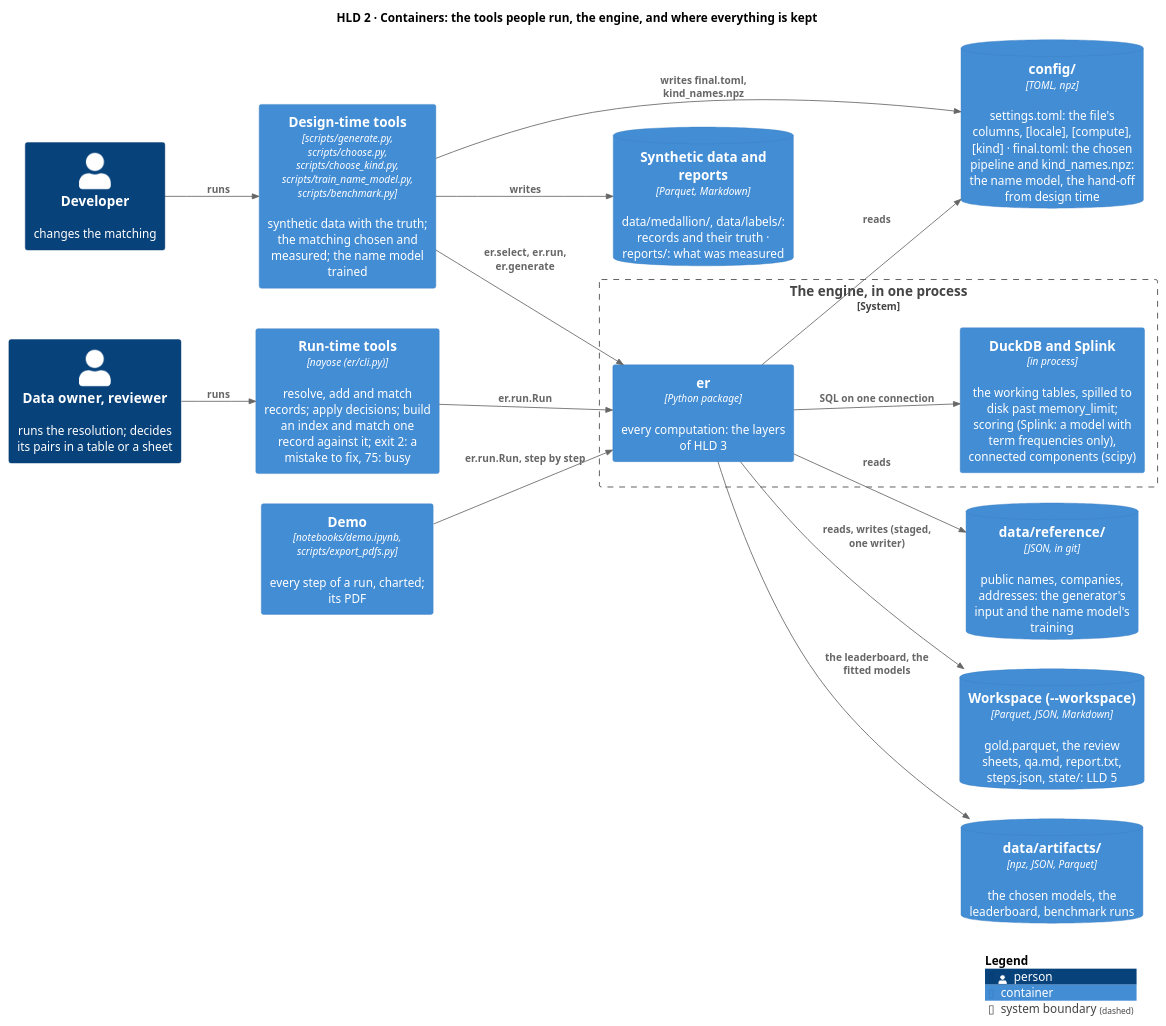
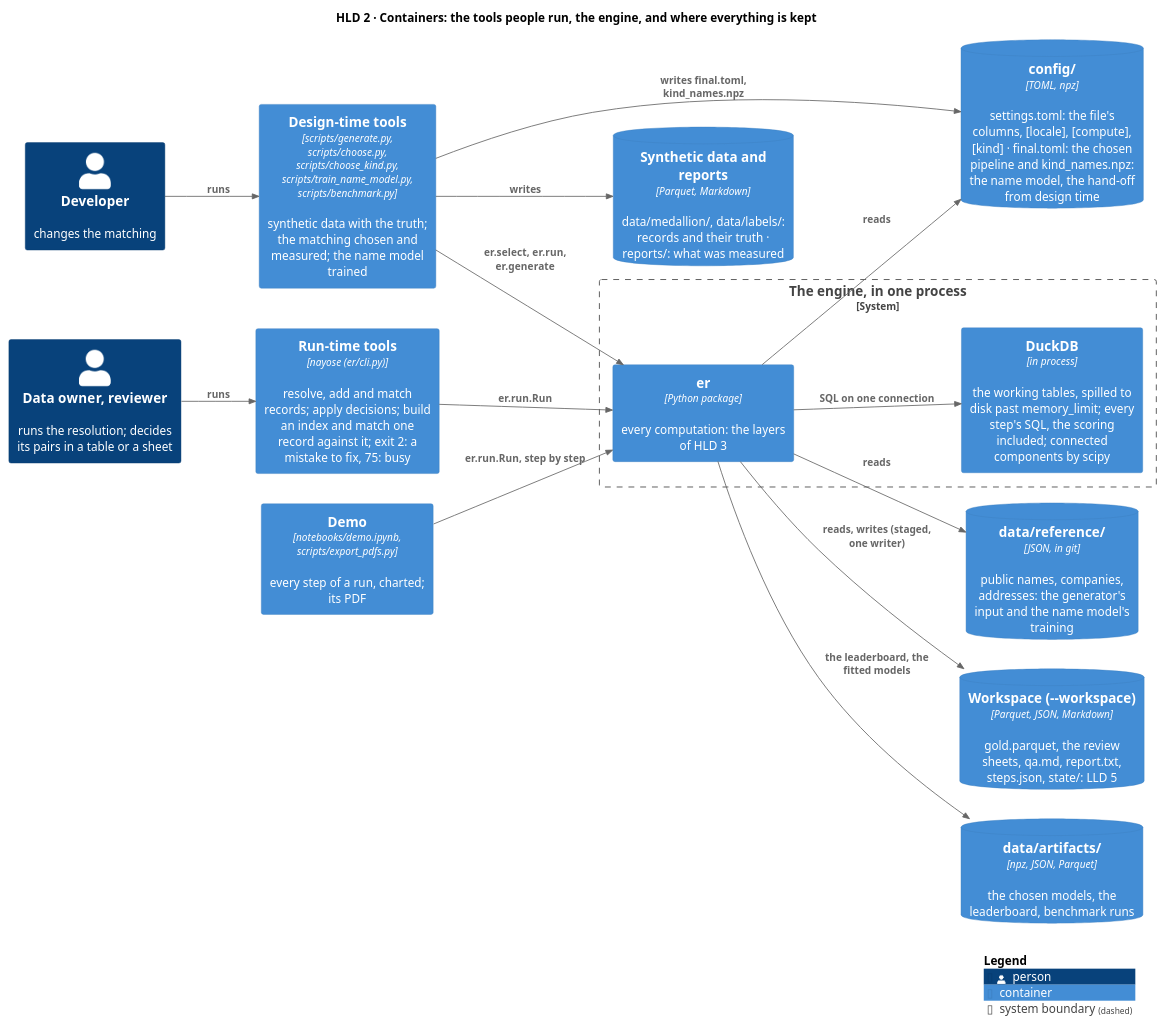
Before and after one commit to mvsbm/entity_matching: the diagram in docs/diagrams/containers.puml, drawn with PlantUML. The commit also changed 46 other files, not shown here.

First line of the commit message:
Splink and term frequencies leave: the last Splink call (scoring with term frequencies) goes with them, and the tests hold our code to Splink 5.0.0's answers recorded from the same inputs

```diff
--- a/docs/diagrams/containers.puml
+++ b/docs/diagrams/containers.puml
@@ -1,39 +1,39 @@
 @startuml containers
 !include <C4/C4_Container>
 LAYOUT_LEFT_RIGHT()
 HIDE_STEREOTYPE()
 title HLD 2 · Containers: the tools people run, the engine, and where everything is kept
 
 Person(owner, "Data owner, reviewer", "runs the resolution; decides its pairs in a table or a sheet")
 Person(developer, "Developer", "changes the matching")
 
 Container(runtime, "Run-time tools", "nayose (er/cli.py)", "resolve, add and match records; apply decisions; build an index and match one record against it; exit 2: a mistake to fix, 75: busy")
 Container(designtime, "Design-time tools", "scripts/generate.py, scripts/choose.py, scripts/choose_kind.py, scripts/train_name_model.py, scripts/benchmark.py", "synthetic data with the truth; the matching chosen and measured; the name model trained")
 Container(demo, "Demo", "notebooks/demo.ipynb, scripts/export_pdfs.py", "every step of a run, charted; its PDF")
 
 System_Boundary(engine, "The engine, in one process") {
   Container(er, "er", "Python package", "every computation: the layers of HLD 3")
-  Container(duckdb, "DuckDB and Splink", "in process", "the working tables, spilled to disk past memory_limit; scoring (Splink: a model with term frequencies only), connected components (scipy)")
+  Container(duckdb, "DuckDB", "in process", "the working tables, spilled to disk past memory_limit; every step's SQL, the scoring included; connected components by scipy")
 }
 
 ContainerDb(config, "config/", "TOML, npz", "settings.toml: the file's columns, [locale], [compute], [kind] · final.toml: the chosen pipeline and kind_names.npz: the name model, the hand-off from design time")
 ContainerDb(reference, "data/reference/", "JSON, in git", "public names, companies, addresses: the generator's input and the name model's training")
 ContainerDb(runfolder, "Workspace (~--workspace)", "Parquet, JSON, Markdown", "gold.parquet, the review sheets, qa.md, report.txt, steps.json, state/: LLD 5")
 ContainerDb(artifacts, "data/artifacts/", "npz, JSON, Parquet", "the chosen models, the leaderboard, benchmark runs")
 ContainerDb(synthetic, "Synthetic data and reports", "Parquet, Markdown", "data/medallion/, data/labels/: records and their truth · reports/: what was measured")
 
 Rel(owner, runtime, "runs")
 Rel(developer, designtime, "runs")
 Rel(runtime, er, "er.run.Run")
 Rel(designtime, er, "er.select, er.run, er.generate")
 Rel(demo, er, "er.run.Run, step by step")
 Rel(er, duckdb, "SQL on one connection")
 Rel(er, config, "reads")
 Rel(er, reference, "reads")
 Rel(er, runfolder, "reads, writes (staged, one writer)")
 Rel(er, artifacts, "the leaderboard, the fitted models")
 Rel(designtime, synthetic, "writes")
 Rel(designtime, config, "writes final.toml, kind_names.npz")
 
 SHOW_LEGEND()
 @enduml
```
